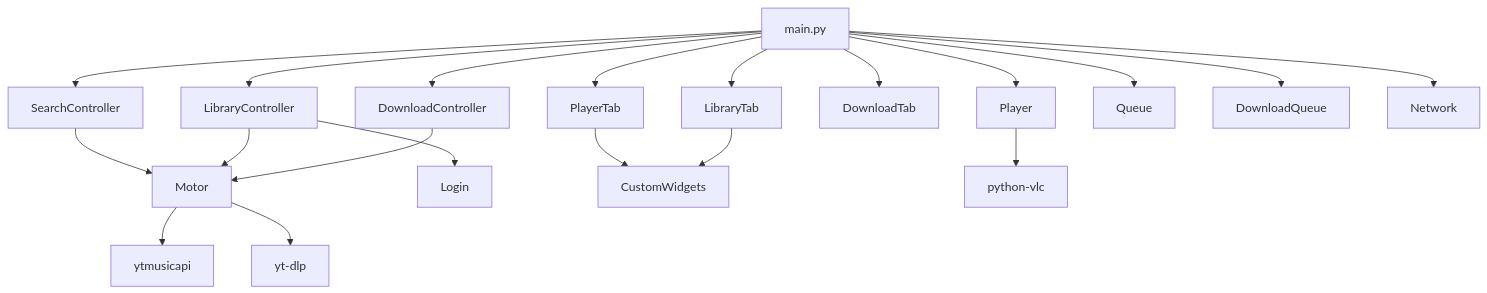
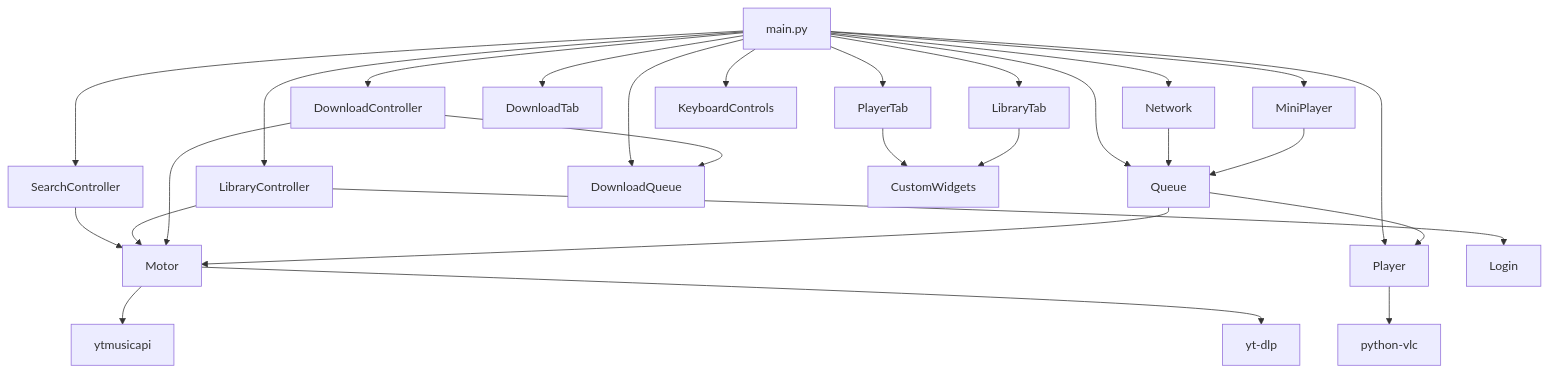
The diagram in README.md (Adambabb/ReproBabb), drawn with Mermaid before and after one commit. The commit also changed other lines of this file and 9 other files, not shown here.

````diff
--- a/README.md
+++ b/README.md
@@ -97,22 +112,29 @@
 ```mermaid
 graph TD
     main[main.py] --> SC[SearchController]
     main --> LC[LibraryController]
     main --> DC[DownloadController]
     main --> PT[PlayerTab]
     main --> LT[LibraryTab]
     main --> DT[DownloadTab]
+    main --> MP[MiniPlayer]
+    main --> KC[KeyboardControls]
     main --> P[Player]
     main --> Q[Queue]
     main --> DQ[DownloadQueue]
     main --> N[Network]
     SC --> M[Motor]
     LC --> M
     LC --> L[Login]
     DC --> M
+    DC --> DQ
+    Q --> M
+    Q --> P
+    N --> Q
+    MP --> Q
     PT --> CW[CustomWidgets]
     LT --> CW
     M --> YTM[ytmusicapi]
     M --> YDL[yt-dlp]
     P --> VLC[python-vlc]
 ```
````
